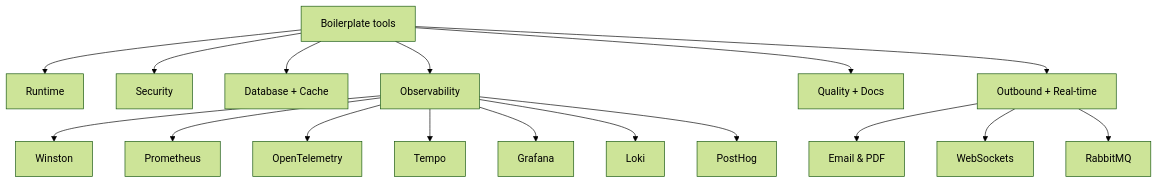
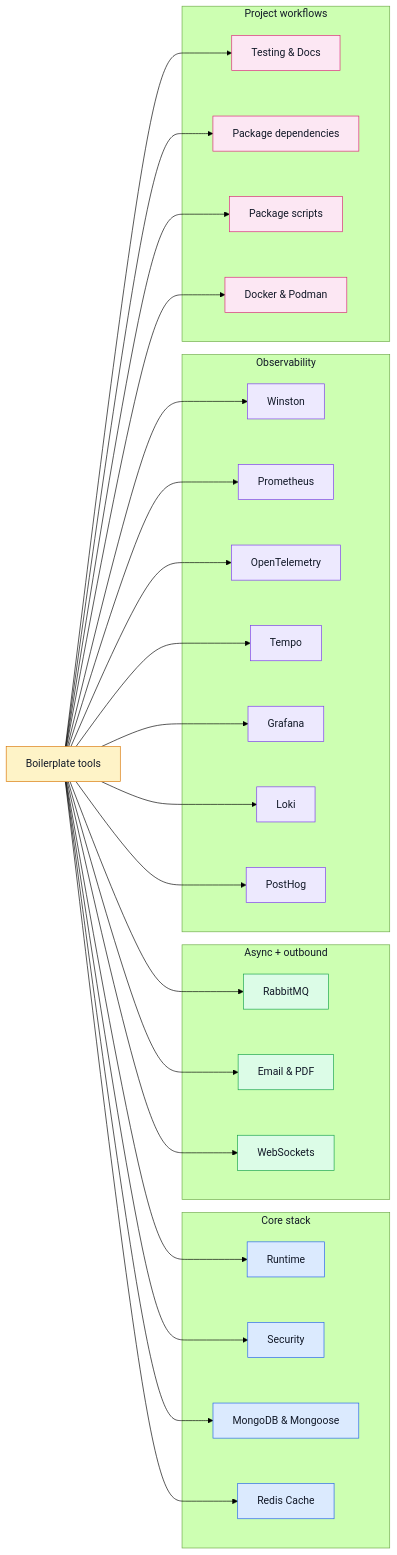
The diagram in docs/tools/index.md (Guebbit/boilerplate-node-backend), drawn with Mermaid (forest theme) before and after one commit. The commit also changed other lines of this file and 16 other files, not shown here.

````diff
--- a/docs/tools/index.md
+++ b/docs/tools/index.md
@@ -9,21 +9,65 @@
 ```mermaid
-flowchart TD
-    A[Boilerplate tools] --> B[Runtime]
-    A --> C[Security]
-    A --> D[Database + Cache]
-    A --> E[Observability]
-    A --> F[Quality + Docs]
-    A --> G[Outbound + Real-time]
+%%{init: {'flowchart': {'nodeSpacing': 70, 'rankSpacing': 95}}}%%
+flowchart LR
+    A[Boilerplate tools]
 
-    E --> E1[Winston]
-    E --> E2[Prometheus]
-    E --> E3[OpenTelemetry]
-    E --> E4[Tempo]
-    E --> E5[Grafana]
-    E --> E6[Loki]
-    E --> E7[PostHog]
+    subgraph Core[Core stack]
+        Runtime[Runtime]
+        Security[Security]
+        Mongo[MongoDB & Mongoose]
+        Redis[Redis Cache]
+    end
 
-    G --> G1[Email & PDF]
-    G --> G2[WebSockets]
-    G --> G3[RabbitMQ]
+    subgraph Async[Async + outbound]
+        Rabbit[RabbitMQ]
+        Mail[Email & PDF]
+        Ws[WebSockets]
+    end
+
+    subgraph Observability[Observability]
+        Winston[Winston]
+        Prometheus[Prometheus]
+        OTel[OpenTelemetry]
+        Tempo[Tempo]
+        Grafana[Grafana]
+        Loki[Loki]
+        PostHog[PostHog]
+    end
+
+    subgraph Project[Project workflows]
+        Testing[Testing & Docs]
+        Dependencies[Package dependencies]
+        Scripts[Package scripts]
+        Containers[Docker & Podman]
+    end
+
+    A --> Runtime
+    A --> Security
+    A --> Mongo
+    A --> Redis
+    A --> Rabbit
+    A --> Mail
+    A --> Ws
+    A --> Winston
+    A --> Prometheus
+    A --> OTel
+    A --> Tempo
+    A --> Grafana
+    A --> Loki
+    A --> PostHog
+    A --> Testing
+    A --> Dependencies
+    A --> Scripts
+    A --> Containers
+
+    classDef root fill:#fef3c7,stroke:#d97706,color:#111827;
+    classDef core fill:#dbeafe,stroke:#2563eb,color:#111827;
+    classDef async fill:#dcfce7,stroke:#16a34a,color:#111827;
+    classDef observability fill:#ede9fe,stroke:#7c3aed,color:#111827;
+    classDef project fill:#fce7f3,stroke:#db2777,color:#111827;
+    class A root;
+    class Runtime,Security,Mongo,Redis core;
+    class Rabbit,Mail,Ws async;
+    class Winston,Prometheus,OTel,Tempo,Grafana,Loki,PostHog observability;
+    class Testing,Dependencies,Scripts,Containers project;
 ```
````
